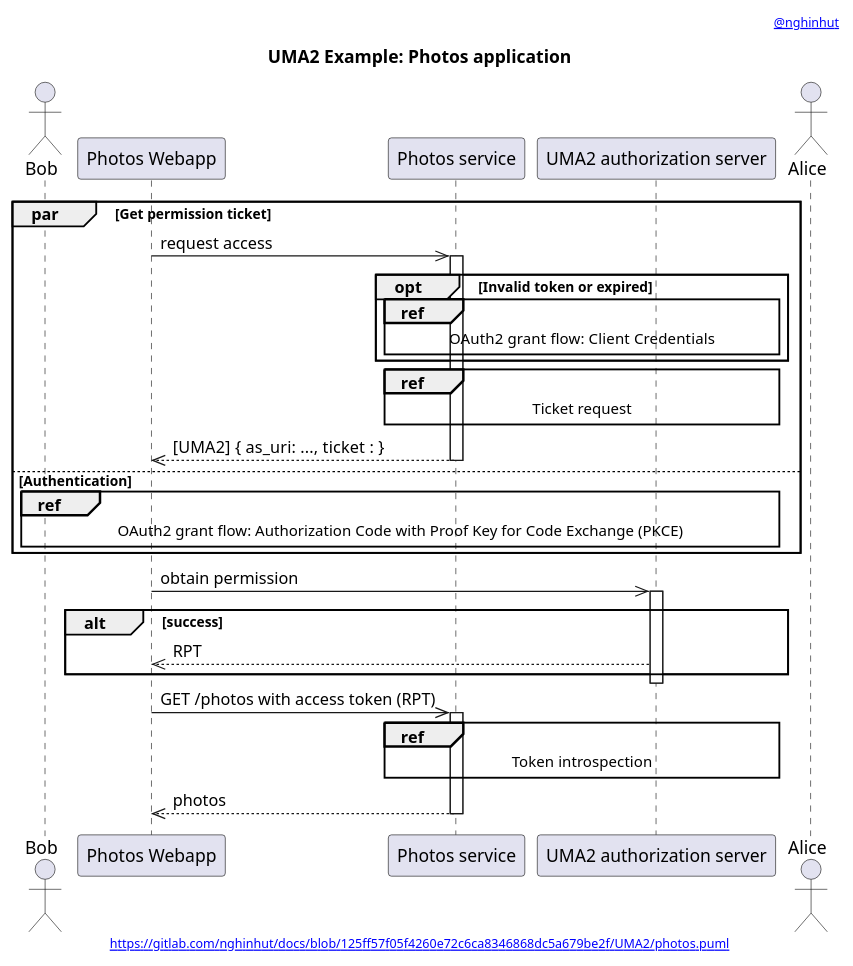
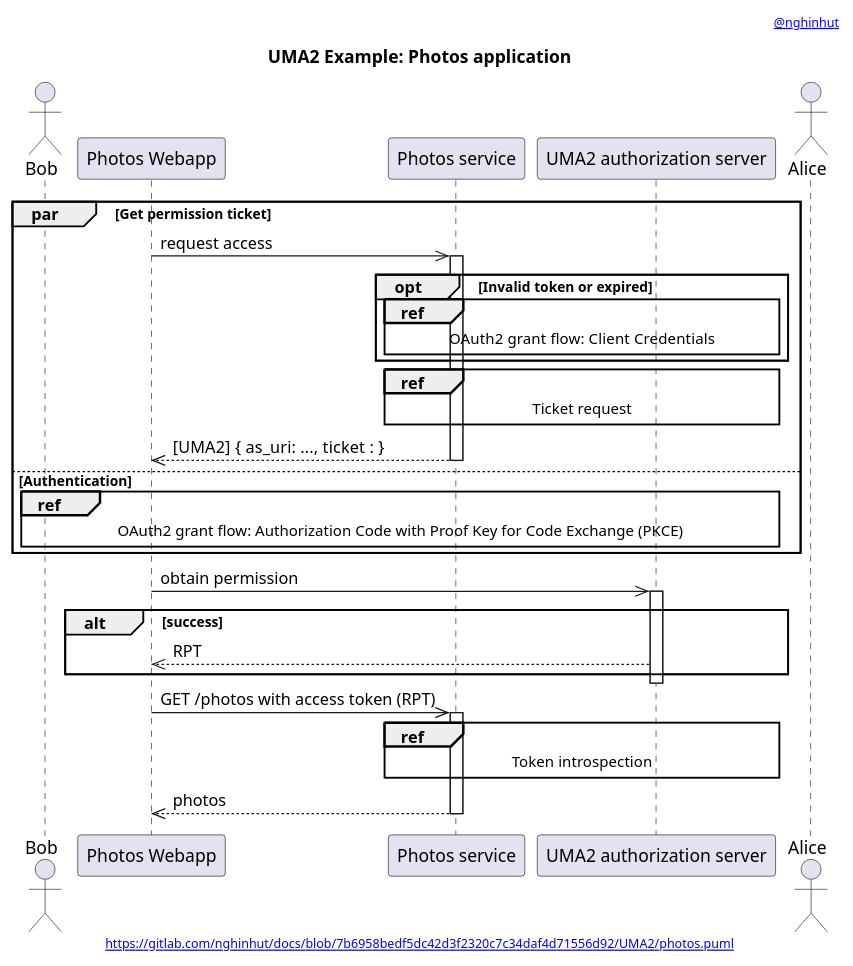
The diagram in UMA2/photos.apps.puml (nghinhut/docs), drawn with PlantUML before and after one commit. The commit also changed 27 other files, not shown here.

```diff
--- a/UMA2/photos.apps.puml
+++ b/UMA2/photos.apps.puml
@@ -1,43 +1,43 @@
 @startuml
 '-----START auto generated metadata please keep comment here to allow auto update-----
 '-----DON'T EDIT THIS SECTION, INSTEAD RE-RUN prebuild.sh TO UPDATE-----
-header [[https://www.nghinhut.dev?from=http%5C%3A%5C%2F%5C%2Fwww%5C.plantuml%5C.com%5C%2Fplantuml%5C%2Fproxy%3Ffmt%3Dsvg%5C%26src%3Dhttps%5C%3A%5C%2F%5C%2Fgitlab%5C.com%5C%2Fnghinhut%5C%2Fdocs%5C%2Fraw%5C%2F125ff57f05f4260e72c6ca8346868dc5a679be2f%5C%2FUMA2%5C%2Fphotos%5C.puml%0A @nghinhut]]
-footer [[http://www.plantuml.com/plantuml/proxy?fmt=svg&src=https://gitlab.com/nghinhut/docs/raw/125ff57f05f4260e72c6ca8346868dc5a679be2f/UMA2/photos.puml https://gitlab.com/nghinhut/docs/blob/125ff57f05f4260e72c6ca8346868dc5a679be2f/UMA2/photos.puml]]
+header [[https://www.nghinhut.dev?from=http%5C%3A%5C%2F%5C%2Fwww%5C.plantuml%5C.com%5C%2Fplantuml%5C%2Fproxy%3Ffmt%3Dsvg%5C%26src%3Dhttps%5C%3A%5C%2F%5C%2Fgitlab%5C.com%5C%2Fnghinhut%5C%2Fdocs%5C%2Fraw%5C%2F7b6958bedf5dc42d3f2320c7c34daf4d71556d92%5C%2FUMA2%5C%2Fphotos%5C.puml%0A @nghinhut]]
+footer [[http://www.plantuml.com/plantuml/proxy?fmt=svg&src=https://gitlab.com/nghinhut/docs/raw/7b6958bedf5dc42d3f2320c7c34daf4d71556d92/UMA2/photos.puml https://gitlab.com/nghinhut/docs/blob/7b6958bedf5dc42d3f2320c7c34daf4d71556d92/UMA2/photos.puml]]
 '-----END auto generated metadata please keep comment here to allow auto update-----
 title UMA2 Example: Photos application
 
 actor "Bob" as rp
 participant "Photos Webapp" as client
 participant "Photos service" as rs
 participant "UMA2 authorization server" as as
 actor "Alice" as ro
 
 par Get permission ticket
     client ->> rs : request access
     activate rs
 
     opt Invalid token or expired
         ref over rs, as : OAuth2 grant flow: Client  Credentials
     end
 
     ref over rs, as : Ticket request
 
     client <<-- rs : [UMA2] { as_uri: ...,  ticket : }
     deactivate rs
 else Authentication
     ref over rp, as : OAuth2 grant flow: Authorization Code with Proof Key for Code Exchange (PKCE)
 end
 
 client ->> as : obtain permission
 activate as
 alt success
 client <<-- as : RPT
 end
 deactivate as
 
 client ->> rs : GET /photos with access token (RPT)
 activate rs
 ref over rs, as : Token introspection
 client <<-- rs : photos
 deactivate rs
 @enduml
```
